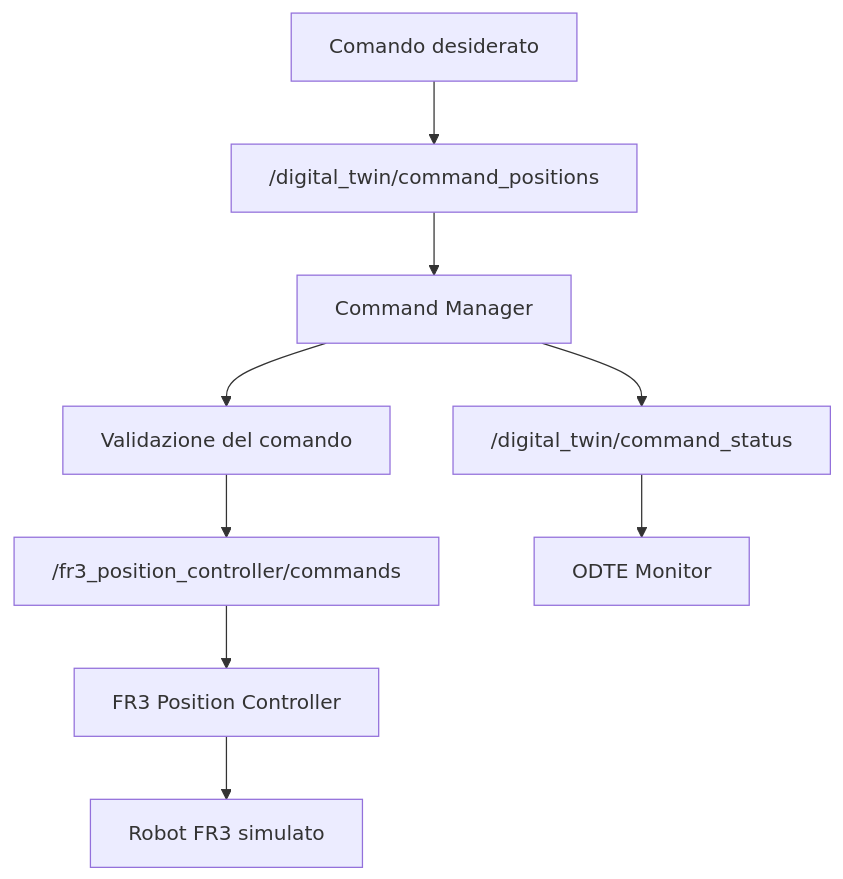
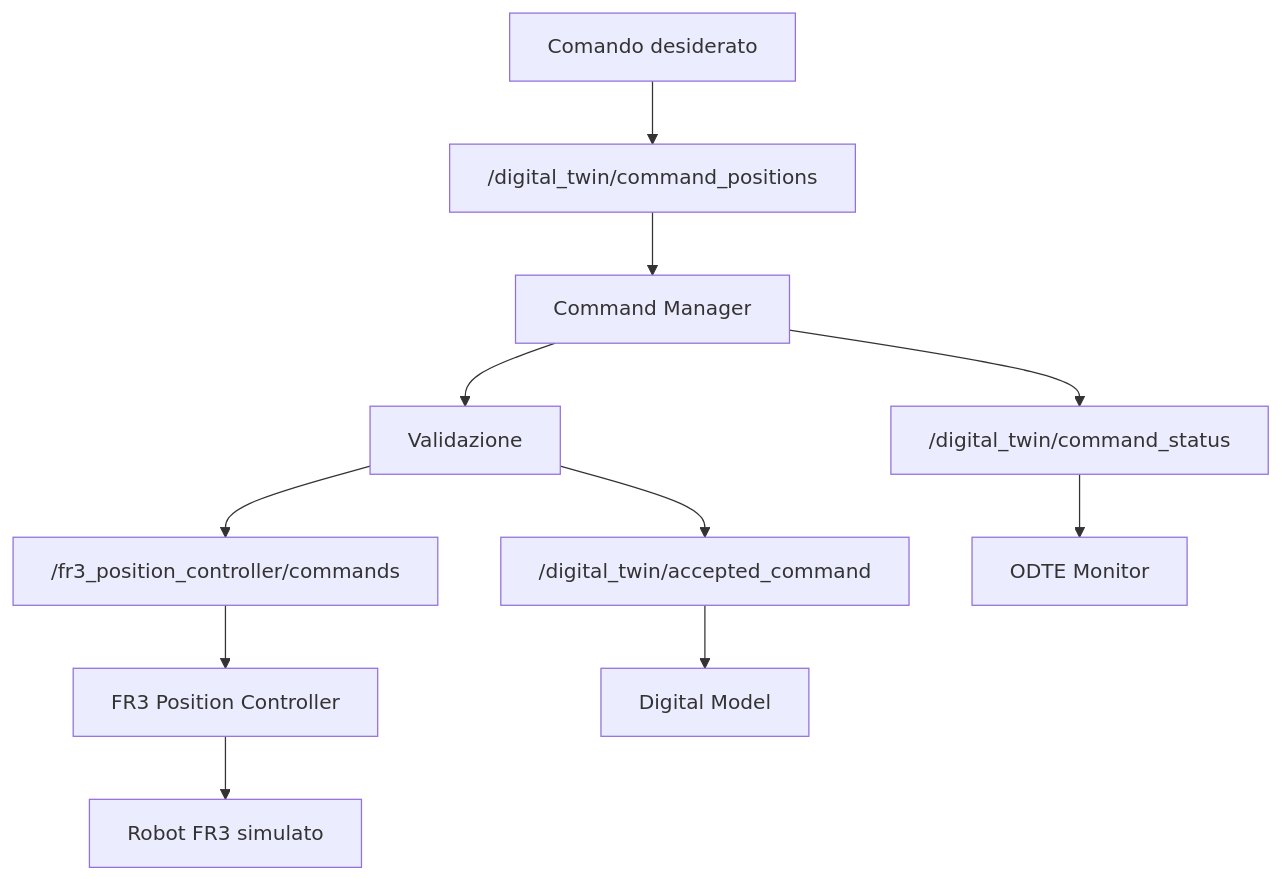
One commit to chiarabrignani/franka_digital_twin changed the third of 3 diagrams in docs/architecture.md. Above: the diagram before and after it, drawn with Mermaid. The commit also changed other lines of this file and 10 other files, not shown here.

Commit message:
Refactor Digital Twin architecture and monitoring

````diff
--- a/docs/architecture.md
+++ b/docs/architecture.md
@@ -280,21 +235,25 @@
 ```mermaid
 flowchart TD
     A["Comando desiderato"]
     B["/digital_twin/command_positions"]
     C["Command Manager"]
-    D["Validazione del comando"]
-    E["/fr3_position_controller/commands"]
-    F["FR3 Position Controller"]
-    G["Robot FR3 simulato"]
-    H["/digital_twin/command_status"]
-    I["ODTE Monitor"]
+    D["Validazione"]
+    E["/digital_twin/accepted_command"]
+    F["/fr3_position_controller/commands"]
+    G["FR3 Position Controller"]
+    H["Robot FR3 simulato"]
+    I["/digital_twin/command_status"]
+    J["ODTE Monitor"]
+    K["Digital Model"]
 
     A --> B
     B --> C
     C --> D
     D --> E
-    E --> F
+    D --> F
+    E --> K
     F --> G
-    C --> H
-    H --> I
+    G --> H
+    C --> I
+    I --> J
 ```
````
